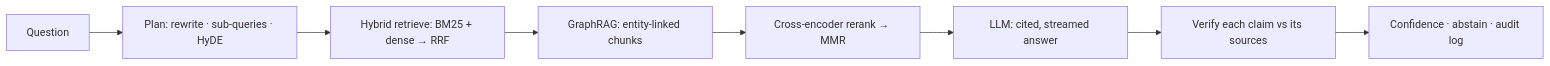
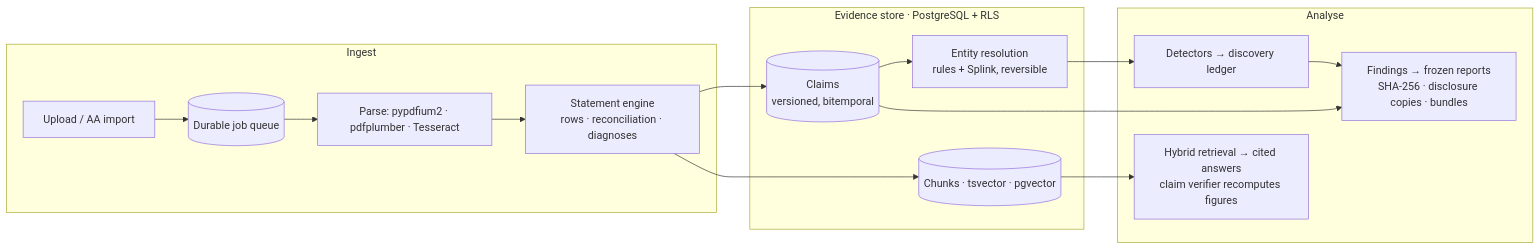
Before and after one commit to Nitant28/MindDoc-AI: the diagram in README.md, drawn with Mermaid. The commit also changed other lines of this file and 16 other files, not shown here.

````diff
--- a/README.md
+++ b/README.md
@@ -38,10 +107,19 @@
 ```mermaid
 flowchart LR
-  Q[Question] --> P[Plan: rewrite · sub-queries · HyDE]
-  P --> R[Hybrid retrieve: BM25 + dense → RRF]
-  R --> G[GraphRAG: entity-linked chunks]
-  G --> X[Cross-encoder rerank → MMR]
-  X --> L[LLM: cited, streamed answer]
-  L --> V[Verify each claim vs its sources]
-  V --> C[Confidence · abstain · audit log]
+  subgraph Ingest
+    U[Upload / AA import] --> J[(Durable job queue)]
+    J --> P[Parse: pypdfium2 · pdfplumber · Tesseract]
+    P --> S[Statement engine<br/>rows · reconciliation · diagnoses]
+  end
+  subgraph Evidence[Evidence store · PostgreSQL + RLS]
+    S --> C[(Claims<br/>versioned, bitemporal)]
+    S --> E[(Chunks · tsvector · pgvector)]
+    C --> R[Entity resolution<br/>rules + Splink, reversible]
+  end
+  subgraph Analyse
+    R --> D[Detectors → discovery ledger]
+    C --> F[Findings → frozen reports<br/>SHA-256 · disclosure copies · bundles]
+    E --> Q[Hybrid retrieval → cited answers<br/>claim verifier recomputes figures]
+  end
+  D --> F
 ```
````
